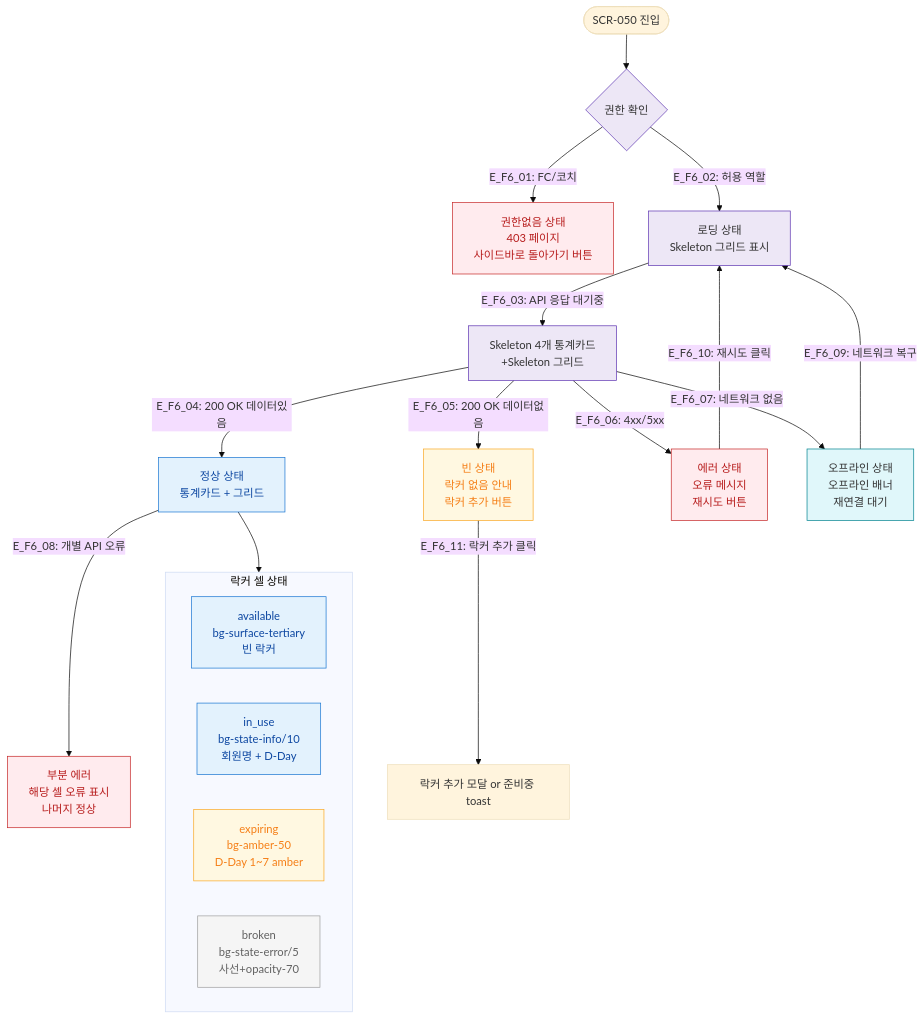
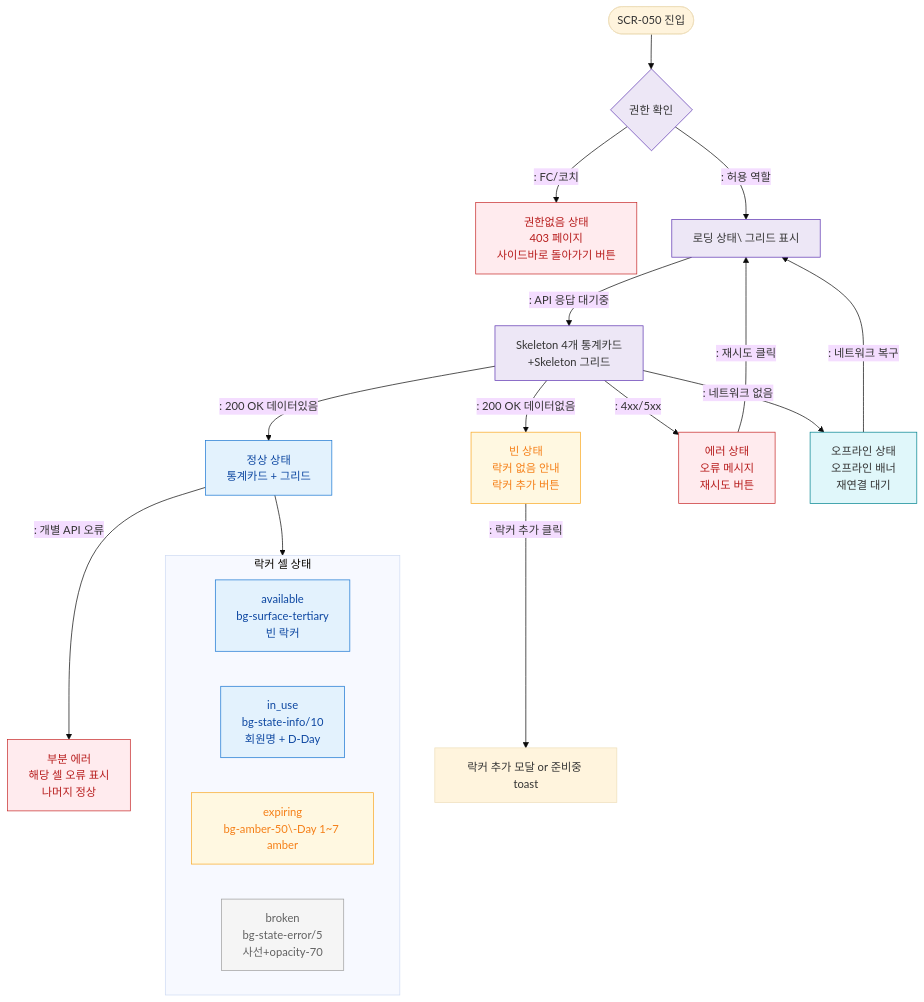
The diagram in docs/다이어그램/D06_시설관리/SCR-050_락커관리/F6_상태별.md (dev-spogym/admin-pando), drawn with Mermaid (base theme) before and after one commit. The commit also changed other lines of this file and 1660 other files, not shown here.

First line of the commit message:
다이어그램: 기획자/클라이언트 납품본으로 정리

````diff
--- a/docs/다이어그램/D06_시설관리/SCR-050_락커관리/F6_상태별.md
+++ b/docs/다이어그램/D06_시설관리/SCR-050_락커관리/F6_상태별.md
@@ -22,42 +20,42 @@
 ```mermaid
 flowchart TD
     Entry([SCR-050 진입]) --> AuthCheck{권한 확인}
 
-    AuthCheck -->|"E_F6_01: FC/코치"| StateNoAuth[권한없음 상태\n403 페이지\n사이드바로 돌아가기 버튼]
-    AuthCheck -->|"E_F6_02: 허용 역할"| Loading[로딩 상태\nSkeleton 그리드 표시]
+    AuthCheck -->|": FC/코치"|StateNoAuth[권한없음 상태\n403 페이지\n사이드바로 돌아가기 버튼]
+    AuthCheck -->|": 허용 역할"|Loading[로딩 상태\ 그리드 표시]
 
-    Loading -->|"E_F6_03: API 응답 대기중"| LoadingUI[Skeleton 4개 통계카드\n+Skeleton 그리드]
-    LoadingUI -->|"E_F6_04: 200 OK 데이터있음"| Normal[정상 상태\n통계카드 + 그리드]
-    LoadingUI -->|"E_F6_05: 200 OK 데이터없음"| Empty[빈 상태\n락커 없음 안내\n락커 추가 버튼]
-    LoadingUI -->|"E_F6_06: 4xx/5xx"| ErrorState[에러 상태\n오류 메시지\n재시도 버튼]
-    LoadingUI -->|"E_F6_07: 네트워크 없음"| Offline[오프라인 상태\n오프라인 배너\n재연결 대기]
+    Loading -->|": API 응답 대기중"|LoadingUI[Skeleton 4개 통계카드\n+Skeleton 그리드]
+    LoadingUI -->|": 200 OK 데이터있음"|Normal[정상 상태\n통계카드 + 그리드]
+    LoadingUI -->|": 200 OK 데이터없음"|Empty[빈 상태\n락커 없음 안내\n락커 추가 버튼]
+    LoadingUI -->|": 4xx/5xx"|ErrorState[에러 상태\n오류 메시지\n재시도 버튼]
+    LoadingUI -->|": 네트워크 없음"|Offline[오프라인 상태\n오프라인 배너\n재연결 대기]
 
-    Normal -->|"E_F6_08: 개별 API 오류"| PartialError[부분 에러\n해당 셀 오류 표시\n나머지 정상]
-    Offline -->|"E_F6_09: 네트워크 복구"| Loading
+    Normal -->|": 개별 API 오류"|PartialError[부분 에러\n해당 셀 오류 표시\n나머지 정상]
+    Offline -->|": 네트워크 복구"|Loading
 
-    ErrorState -->|"E_F6_10: 재시도 클릭"| Loading
-    Empty -->|"E_F6_11: 락커 추가 클릭"| AddAction[락커 추가 모달 or 준비중 toast]
+    ErrorState -->|": 재시도 클릭"|Loading
+    Empty -->|": 락커 추가 클릭"|AddAction[락커 추가 모달 or 준비중 toast]
 
     subgraph LockerCellStates["락커 셀 상태"]
         CellAvail[available\nbg-surface-tertiary\n빈 락커]
         CellInUse[in_use\nbg-state-info/10\n회원명 + D-Day]
-        CellExpiring[expiring\nbg-amber-50\nD-Day 1~7 amber]
+        CellExpiring[expiring\nbg-amber-50\-Day 1~7 amber]
         CellBroken[broken\nbg-state-error/5\n사선+opacity-70]
     end
 
     Normal --> LockerCellStates
 
     classDef screen fill:#E3F2FD,stroke:#1976D2,color:#0D47A1
     classDef error fill:#FFEBEE,stroke:#C62828,color:#B71C1C
     classDef warning fill:#FFF8E1,stroke:#F9A825,color:#F57F17
     classDef system fill:#EDE7F6,stroke:#5E35B2
     classDef rbacBlocked fill:#F5F5F5,stroke:#9E9E9E,color:#616161
     classDef info fill:#E0F7FA,stroke:#00838F
 
     class Normal,CellAvail,CellInUse screen
     class StateNoAuth,ErrorState,PartialError error
     class CellExpiring,Empty warning
     class CellBroken rbacBlocked
     class Loading,LoadingUI,AuthCheck system
     class Offline info
 ```
````
